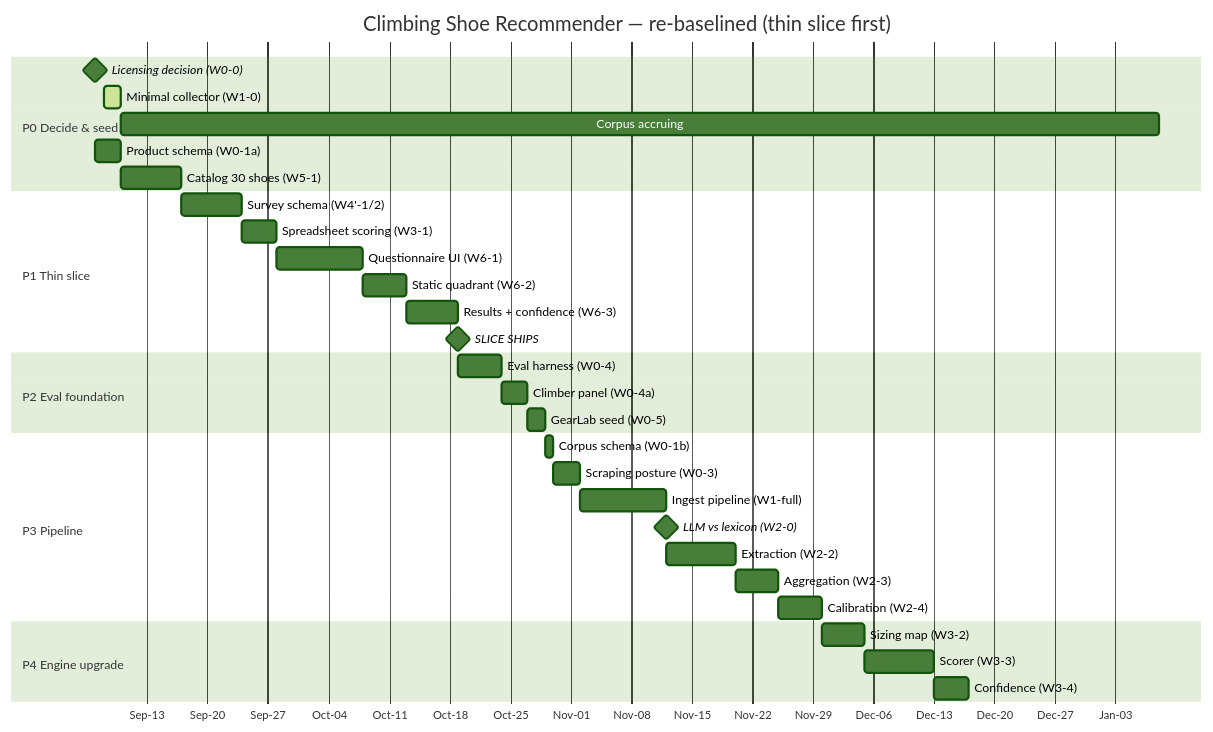
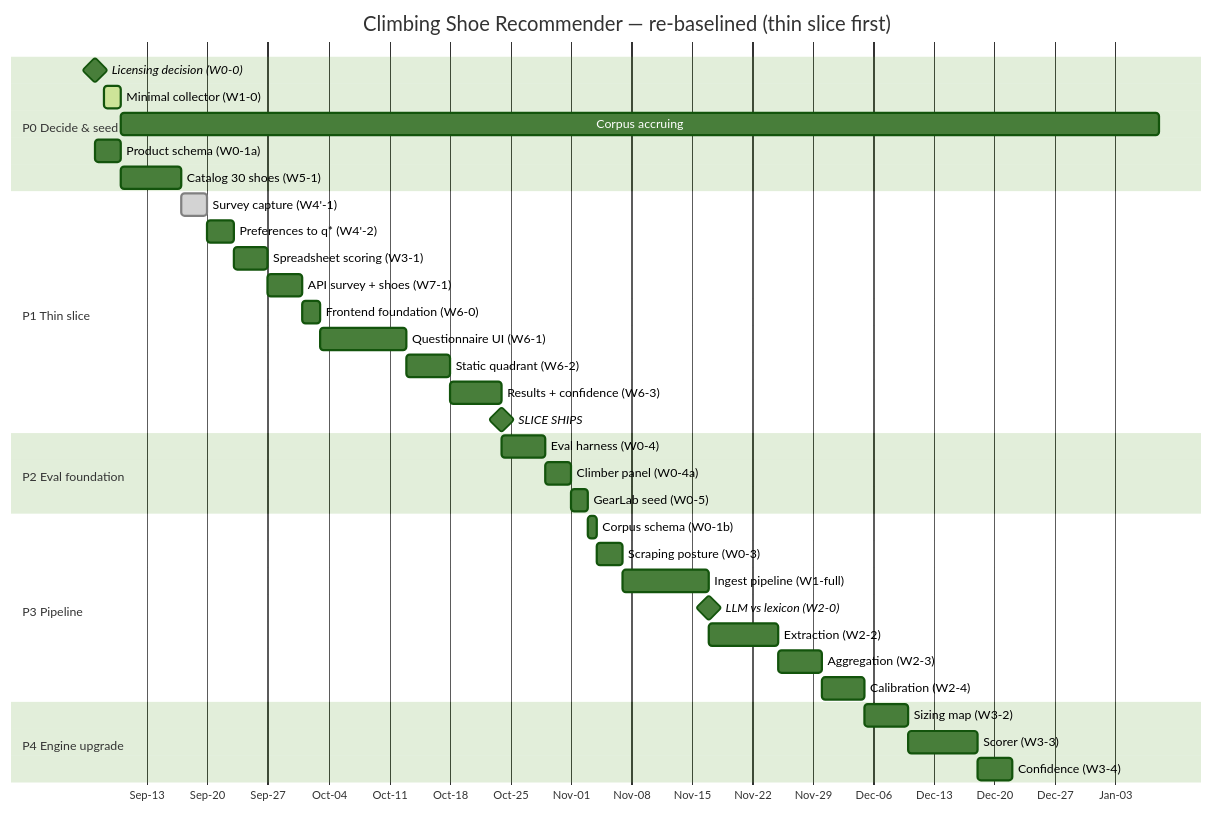
Before and after one commit to barlu3/CruxUp: the second of 2 diagrams in timeline.md, drawn with Mermaid (forest theme). The commit also changed other lines of this file, not shown here.

Commit message:
updated timeline.md; W4-1 accomplished and W6-1 unblocking steps added

````diff
--- a/timeline.md
+++ b/timeline.md
@@ -620,40 +636,43 @@
 ```mermaid
 gantt
   title Climbing Shoe Recommender — re-baselined (thin slice first)
   dateFormat YYYY-MM-DD
   axisFormat %b-%d
 
   section P0 Decide & seed
   Licensing decision (W0-0)        :milestone, m0, 2026-09-07, 0d
   Minimal collector (W1-0)         :active, c0, 2026-09-08, 2d
   Corpus accruing                  :c1, after c0, 120d
   Product schema (W0-1a)           :p0a, 2026-09-07, 3d
   Catalog 30 shoes (W5-1)          :p0b, after p0a, 7d
 
   section P1 Thin slice
-  Survey schema (W4'-1/2)          :p1a, after p0b, 7d
+  Survey capture (W4'-1)           :done, p1a0, 2026-09-17, 3d
+  Preferences to q* (W4'-2)        :p1a, after p1a0, 3d
   Spreadsheet scoring (W3-1)       :p1b, after p1a, 4d
-  Questionnaire UI (W6-1)          :p1c, after p1b, 10d
+  API survey + shoes (W7-1)        :p1b2, after p1b, 4d
+  Frontend foundation (W6-0)       :p1b3, after p1b2, 2d
+  Questionnaire UI (W6-1)          :p1c, after p1b3, 10d
   Static quadrant (W6-2)           :p1d, after p1c, 5d
   Results + confidence (W6-3)      :p1e, after p1d, 6d
   SLICE SHIPS                      :milestone, m1, after p1e, 0d
 
   section P2 Eval foundation
   Eval harness (W0-4)              :p2a, after p1e, 5d
   Climber panel (W0-4a)            :p2b, after p2a, 3d
   GearLab seed (W0-5)              :p2c, after p2b, 2d
 
   section P3 Pipeline
   Corpus schema (W0-1b)            :p3a, after p2c, 1d
   Scraping posture (W0-3)          :p3b, after p3a, 3d
   Ingest pipeline (W1-full)        :p3c, after p3b, 10d
   LLM vs lexicon (W2-0)            :milestone, m2, after p3c, 0d
   Extraction (W2-2)                :p3d, after p3c, 8d
   Aggregation (W2-3)               :p3e, after p3d, 5d
   Calibration (W2-4)               :p3f, after p3e, 5d
 
   section P4 Engine upgrade
   Sizing map (W3-2)                :p4a, after p3f, 5d
   Scorer (W3-3)                    :p4b, after p4a, 8d
   Confidence (W3-4)                :p4c, after p4b, 4d
 ```
````
